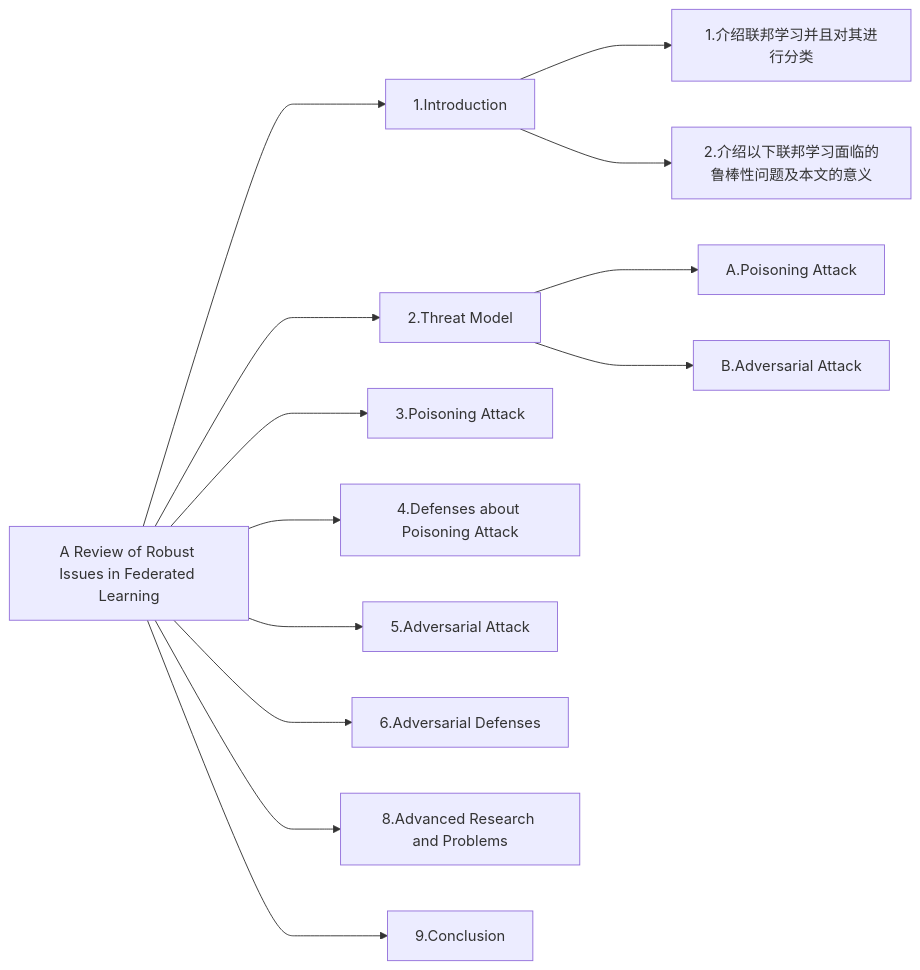
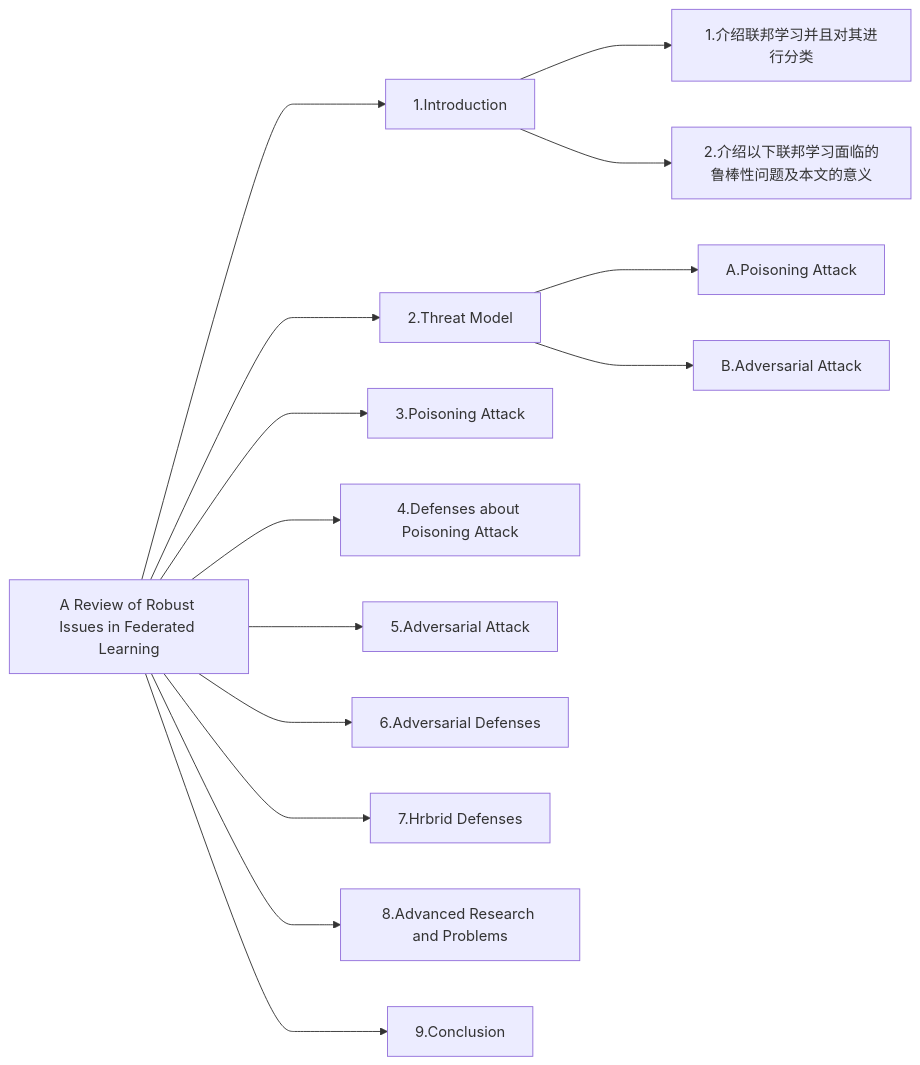
One commit to YunHao-Von/FederatedLearningSurvey changed the second of 2 diagrams in README.en.md. Above: the diagram before and after it, drawn with Mermaid. The commit also changed 8 other files, not shown here.

````diff
--- a/README.en.md
+++ b/README.en.md
@@ -33,19 +33,20 @@
  ```mermaid
    graph LR
        a[A Review of Robust Issues in Federated Learning]  
     a ---> b1[1.Introduction]  
     b1 ---> b1a[1.介绍联邦学习并且对其进行分类]
     b1 ---> b1b[2.介绍以下联邦学习面临的鲁棒性问题及本文的意义]
 
     a ---> b2[2.Threat Model]  
     b2 ---> b2a[A.Poisoning Attack]
     b2 ---> b2b[B.Adversarial Attack]  
     a ---> b3[3.Poisoning Attack]
     a ---> b4[4.Defenses about Poisoning Attack]
     a ---> b5[5.Adversarial Attack]
-    a ---> b6[6.Adversarial Defenses]
+    a ---> b6[6.Adversarial Defenses]  
+    a ---> b7[7.Hrbrid Defenses]
     a ---> b8[8.Advanced Research and Problems]  
     a ---> b9[9.Conclusion]
 
 
    ```
````
